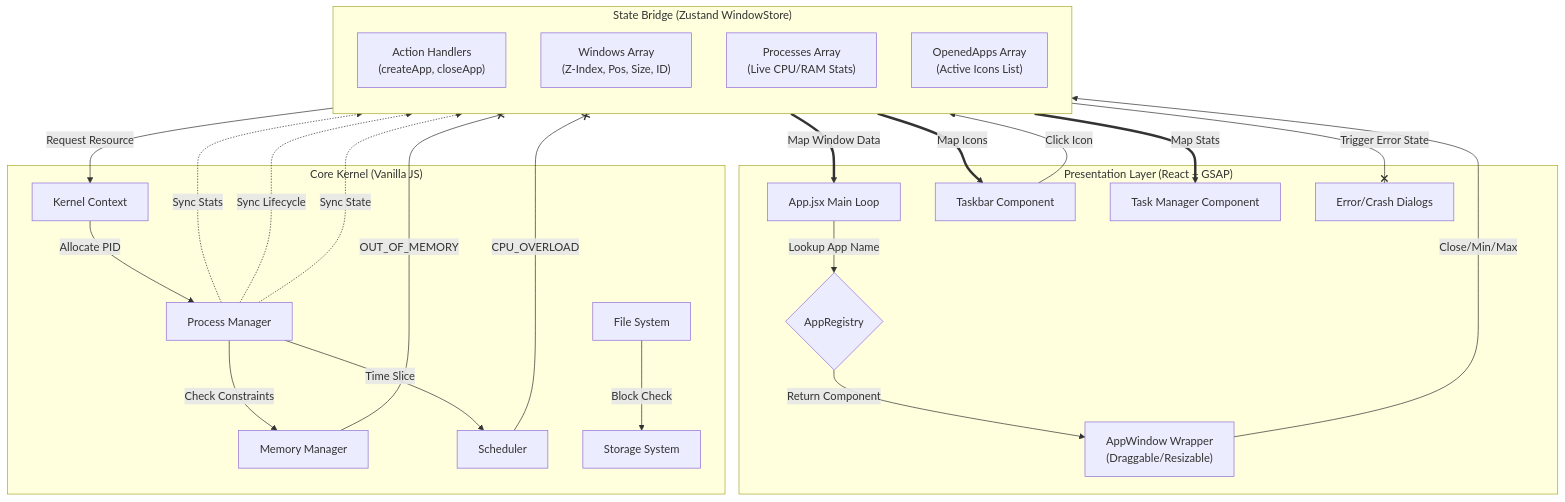
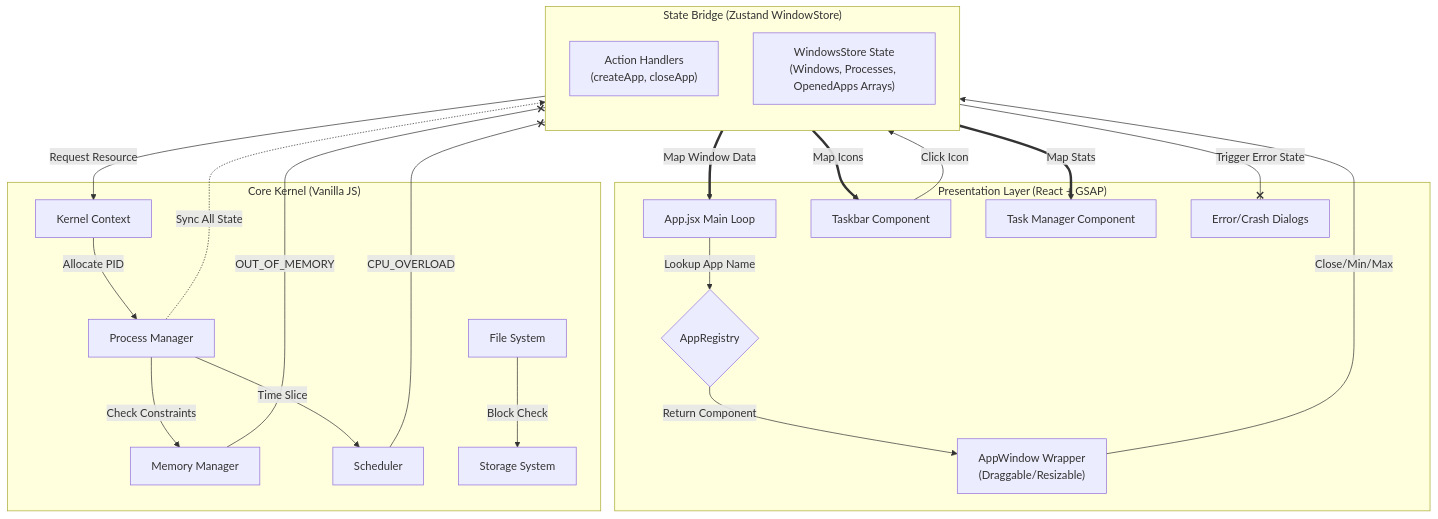
The diagram in README.md (Abhivansh0/Web-Based-OS), drawn with Mermaid before and after one commit.

Commit message:
Refactor state representation in README
Consolidate state management into StoreData.

````diff
--- a/README.md
+++ b/README.md
@@ -132,60 +132,54 @@
 ```mermaid
 graph TD
     subgraph "Presentation Layer (React + GSAP)"
         AppLoop["App.jsx Main Loop"]
         Registry{"AppRegistry"}
         WinSys["AppWindow Wrapper<br/>(Draggable/Resizable)"]
         TBar["Taskbar Component"]
         TM["Task Manager Component"]
         ErrorUI["Error/Crash Dialogs"]
     end
 
     subgraph "State Bridge (Zustand WindowStore)"
         direction TB
         Actions["Action Handlers<br/>(createApp, closeApp)"]
-        
-        %% The 3 Specific Arrays you mentioned
-        W_State["Windows Array<br/>(Z-Index, Pos, Size, ID)"]
-        P_State["Processes Array<br/>(Live CPU/RAM Stats)"]
-        T_State["OpenedApps Array<br/>(Active Icons List)"]
+        StoreData["WindowsStore State<br/>(Windows, Processes, OpenedApps Arrays)"]
     end
 
     subgraph "Core Kernel (Vanilla JS)"
         Context["Kernel Context"]
         PM["Process Manager"]
         MM["Memory Manager"]
         SCH["Scheduler"]
         FS["File System"]
         Disk["Storage System"]
     end
 
     %% --- FLOW 1: User Interaction ---
     TBar -->|Click Icon| Actions
     WinSys -->|Close/Min/Max| Actions
 
     %% --- FLOW 2: Kernel Authority ---
     Actions -->|Request Resource| Context
     Context -->|Allocate PID| PM
     PM -->|Check Constraints| MM
     PM -->|Time Slice| SCH
     FS -->|Block Check| Disk
 
     %% --- FLOW 3: Error Handling (The 'Sad' Path) ---
     MM --x|OUT_OF_MEMORY| Actions
     SCH --x|CPU_OVERLOAD| Actions
     Actions --x|Trigger Error State| ErrorUI
 
     %% --- FLOW 4: Data Sync (Kernel -> Store) ---
-    PM -.->|Sync Stats| P_State
-    PM -.->|Sync Lifecycle| T_State
-    PM -.->|Sync State| W_State
+    PM -.->|Sync All State| StoreData
 
     %% --- FLOW 5: Rendering (Store -> UI) ---
-    W_State ==>|Map Window Data| AppLoop
-    P_State ==>|Map Stats| TM
-    T_State ==>|Map Icons| TBar
+    StoreData ==>|Map Window Data| AppLoop
+    StoreData ==>|Map Stats| TM
+    StoreData ==>|Map Icons| TBar
 
     %% --- FLOW 6: The Registry Pattern ---
     AppLoop -->|Lookup App Name| Registry
     Registry -->|Return Component| WinSys
 ```
````
